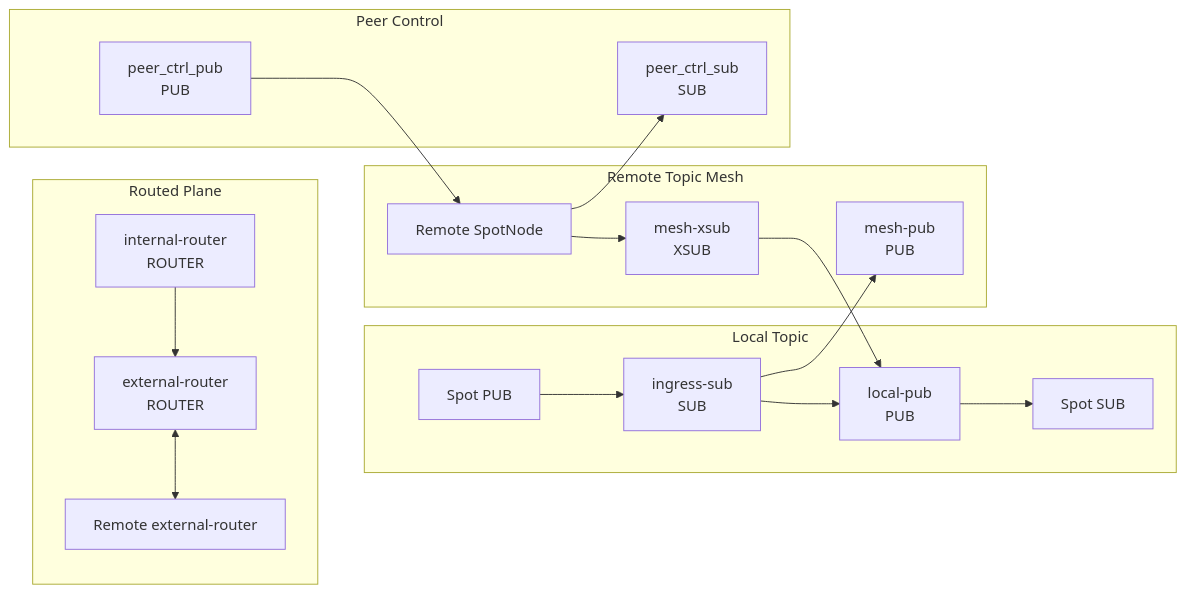
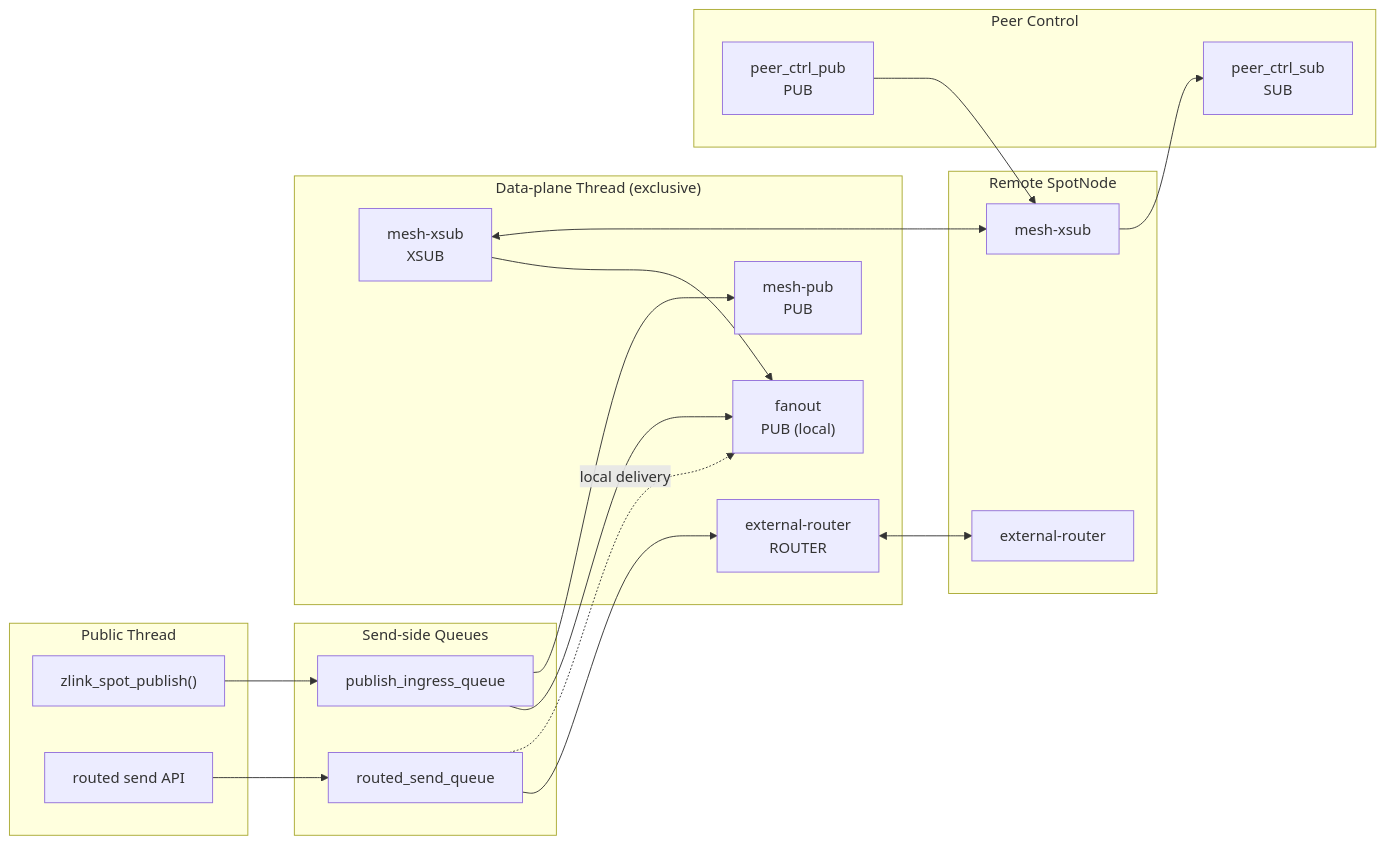
One commit to kairos-code-dev/zlink changed the second of 11 diagrams in doc/internals/spot-internals.md. Above: the diagram before and after it, drawn with Mermaid. The commit also changed other lines of this file and 25 other files, not shown here.

Commit message:
Implement spot publish ingress data plane

````diff
--- a/doc/internals/spot-internals.md
+++ b/doc/internals/spot-internals.md
@@ -112,39 +128,41 @@
 ```mermaid
 flowchart LR
-    subgraph LocalTopic["Local Topic"]
-        spot_pub["Spot PUB"]
-        ingress_sub["ingress-sub<br/>SUB"]
-        local_pub["local-pub<br/>PUB"]
-        spot_sub["Spot SUB"]
+    subgraph PublicPath["Public Thread"]
+        pub_api["zlink_spot_publish()"]
+        route_api["routed send API"]
     end
 
-    subgraph RemoteTopic["Remote Topic Mesh"]
+    subgraph SendQueues["Send-side Queues"]
+        piq["publish_ingress_queue"]
+        rsq["routed_send_queue"]
+    end
+
+    subgraph DataPlane["Data-plane Thread (exclusive)"]
+        fanout["fanout<br/>PUB (local)"]
         mesh_pub["mesh-pub<br/>PUB"]
         mesh_xsub["mesh-xsub<br/>XSUB"]
-        remote_topic["Remote SpotNode"]
-    end
-
-    subgraph RoutedPlane["Routed Plane"]
-        internal_router["internal-router<br/>ROUTER"]
         external_router["external-router<br/>ROUTER"]
-        remote_router["Remote external-router"]
     end
 
     subgraph ControlPlane["Peer Control"]
         peer_ctrl_pub["peer_ctrl_pub<br/>PUB"]
         peer_ctrl_sub["peer_ctrl_sub<br/>SUB"]
     end
 
-    spot_pub --> ingress_sub
-    ingress_sub --> local_pub
-    local_pub --> spot_sub
-    ingress_sub --> mesh_pub
-    remote_topic --> mesh_xsub
-    mesh_xsub --> local_pub
+    subgraph RemoteNode["Remote SpotNode"]
+        remote_mesh["mesh-xsub"]
+        remote_router["external-router"]
+    end
 
-    internal_router --> external_router
+    pub_api --> piq
+    route_api --> rsq
+    piq --> fanout
+    piq --> mesh_pub
+    rsq --> external_router
+    rsq -.->|local delivery| fanout
+    mesh_xsub --> fanout
+    mesh_xsub <--> remote_mesh
     external_router <--> remote_router
-
-    peer_ctrl_pub --> remote_topic
-    remote_topic --> peer_ctrl_sub
+    peer_ctrl_pub --> remote_mesh
+    remote_mesh --> peer_ctrl_sub
 ```
````
